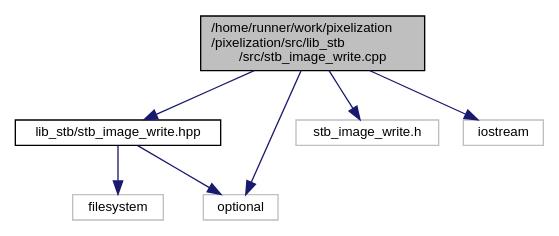
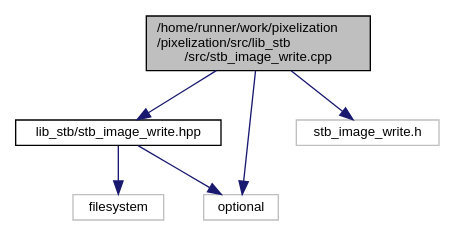
One commit to lukki15/pixelization changed the diagram in stb__image__write_8cpp__incl.dot. Above: the diagram before and after it, drawn with Graphviz. The commit also changed 48 other files, not shown here.

```diff
--- a/stb__image__write_8cpp__incl.dot
+++ b/stb__image__write_8cpp__incl.dot
@@ -1,18 +1,16 @@
 digraph "/home/runner/work/pixelization/pixelization/src/lib_stb/src/stb_image_write.cpp"
 {
  // LATEX_PDF_SIZE
   edge [fontname="Helvetica",fontsize="10",labelfontname="Helvetica",labelfontsize="10"];
   node [fontname="Helvetica",fontsize="10",shape=record];
   Node1 [label="/home/runner/work/pixelization\l/pixelization/src/lib_stb\l/src/stb_image_write.cpp",height=0.2,width=0.4,color="black", fillcolor="grey75", style="filled", fontcolor="black",tooltip=" "];
   Node1 -> Node2 [color="midnightblue",fontsize="10",style="solid",fontname="Helvetica"];
   Node2 [label="lib_stb/stb_image_write.hpp",height=0.2,width=0.4,color="black", fillcolor="white", style="filled",URL="$stb__image__write_8hpp.html",tooltip=" "];
   Node2 -> Node3 [color="midnightblue",fontsize="10",style="solid",fontname="Helvetica"];
   Node3 [label="filesystem",height=0.2,width=0.4,color="grey75", fillcolor="white", style="filled",tooltip=" "];
   Node2 -> Node4 [color="midnightblue",fontsize="10",style="solid",fontname="Helvetica"];
   Node4 [label="optional",height=0.2,width=0.4,color="grey75", fillcolor="white", style="filled",tooltip=" "];
   Node1 -> Node4 [color="midnightblue",fontsize="10",style="solid",fontname="Helvetica"];
   Node1 -> Node5 [color="midnightblue",fontsize="10",style="solid",fontname="Helvetica"];
   Node5 [label="stb_image_write.h",height=0.2,width=0.4,color="grey75", fillcolor="white", style="filled",tooltip=" "];
-  Node1 -> Node6 [color="midnightblue",fontsize="10",style="solid",fontname="Helvetica"];
-  Node6 [label="iostream",height=0.2,width=0.4,color="grey75", fillcolor="white", style="filled",tooltip=" "];
 }
```
